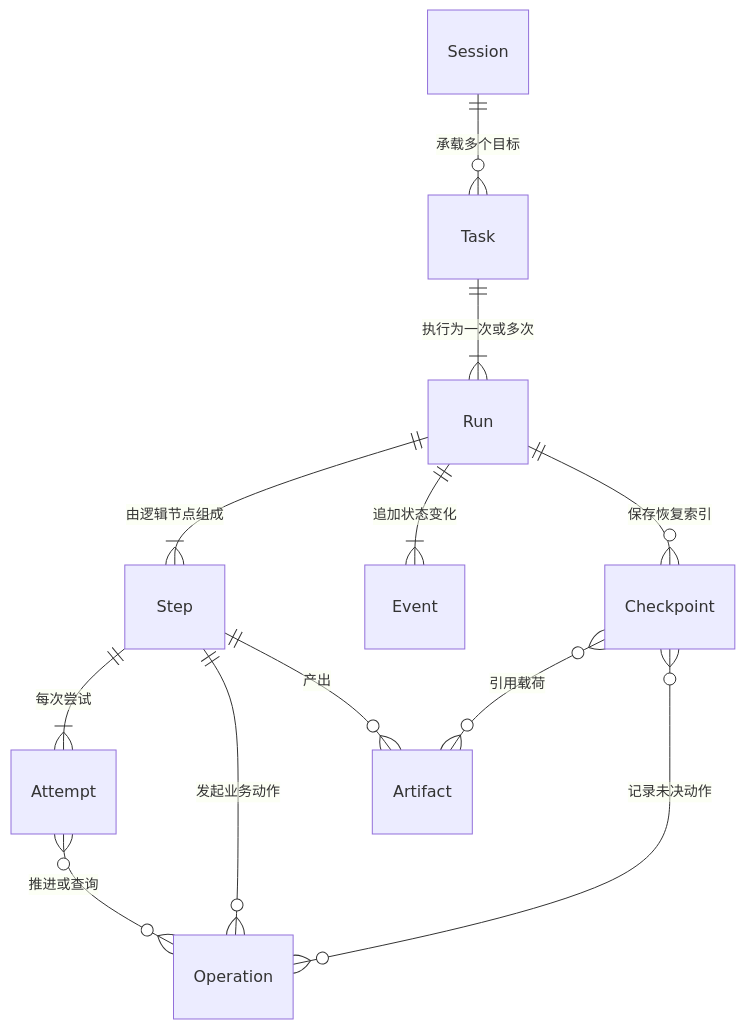
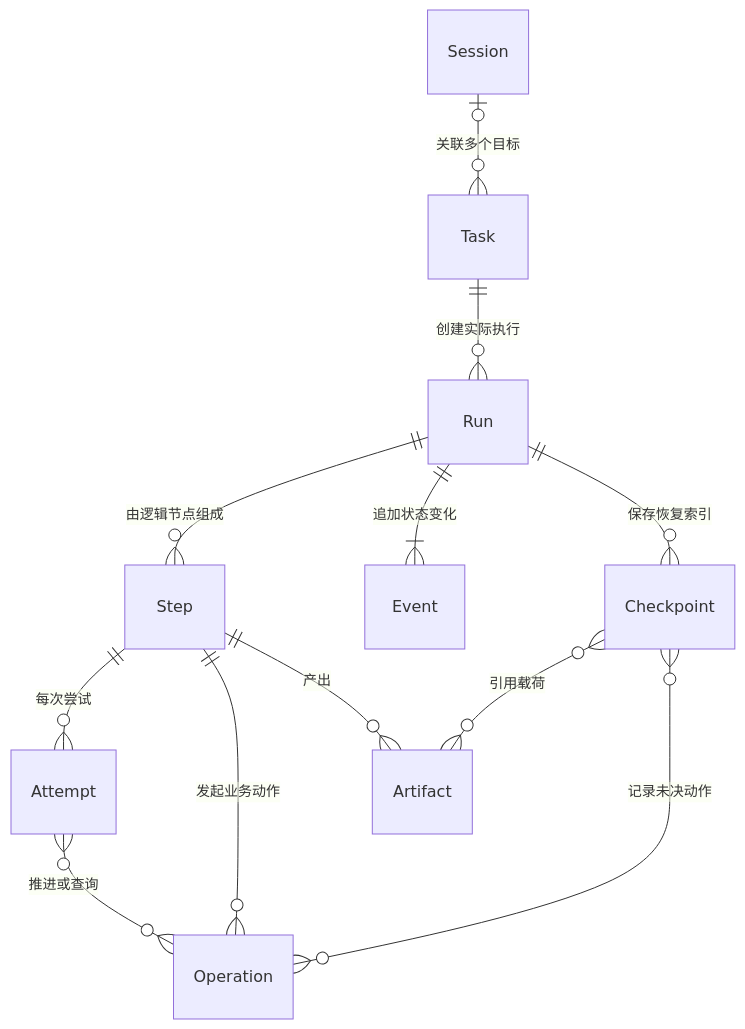
Before and after one commit to wxquare/wxquare.github.io: the first of 3 diagrams in books/ai-book/src/part3/03-agent-runtime.md, drawn with Mermaid. The commit also changed other lines of this file and 18 other files, not shown here.

````diff
--- a/books/ai-book/src/part3/03-agent-runtime.md
+++ b/books/ai-book/src/part3/03-agent-runtime.md
@@ -338,14 +198,14 @@
 ```mermaid
 erDiagram
-    Session ||--o{ Task : "承载多个目标"
-    Task ||--|{ Run : "执行为一次或多次"
-    Run ||--|{ Step : "由逻辑节点组成"
-    Step ||--|{ Attempt : "每次尝试"
+    Session |o--o{ Task : "关联多个目标"
+    Task ||--o{ Run : "创建实际执行"
+    Run ||--o{ Step : "由逻辑节点组成"
+    Step ||--o{ Attempt : "每次尝试"
     Step ||--o{ Operation : "发起业务动作"
     Attempt }o--o{ Operation : "推进或查询"
     Run ||--|{ Event : "追加状态变化"
     Run ||--o{ Checkpoint : "保存恢复索引"
     Checkpoint }o--o{ Artifact : "引用载荷"
     Step ||--o{ Artifact : "产出"
     Checkpoint }o--o{ Operation : "记录未决动作"
 ```
````
